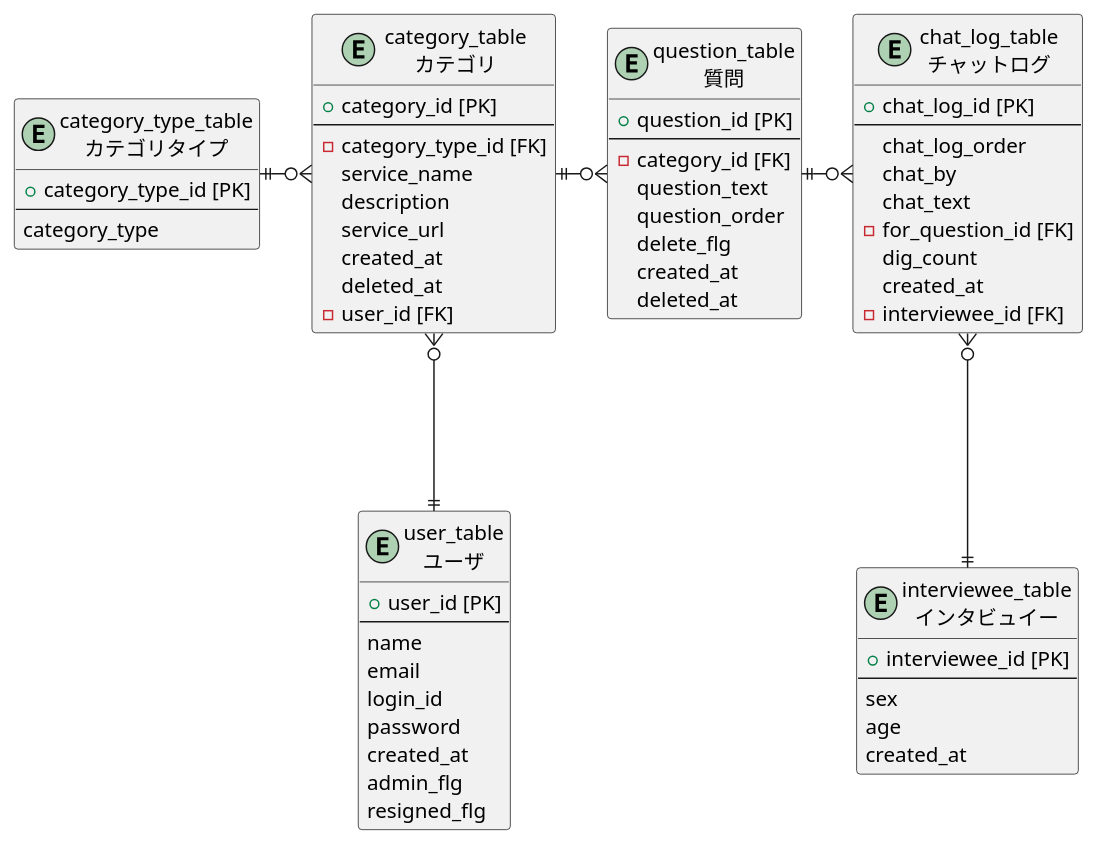
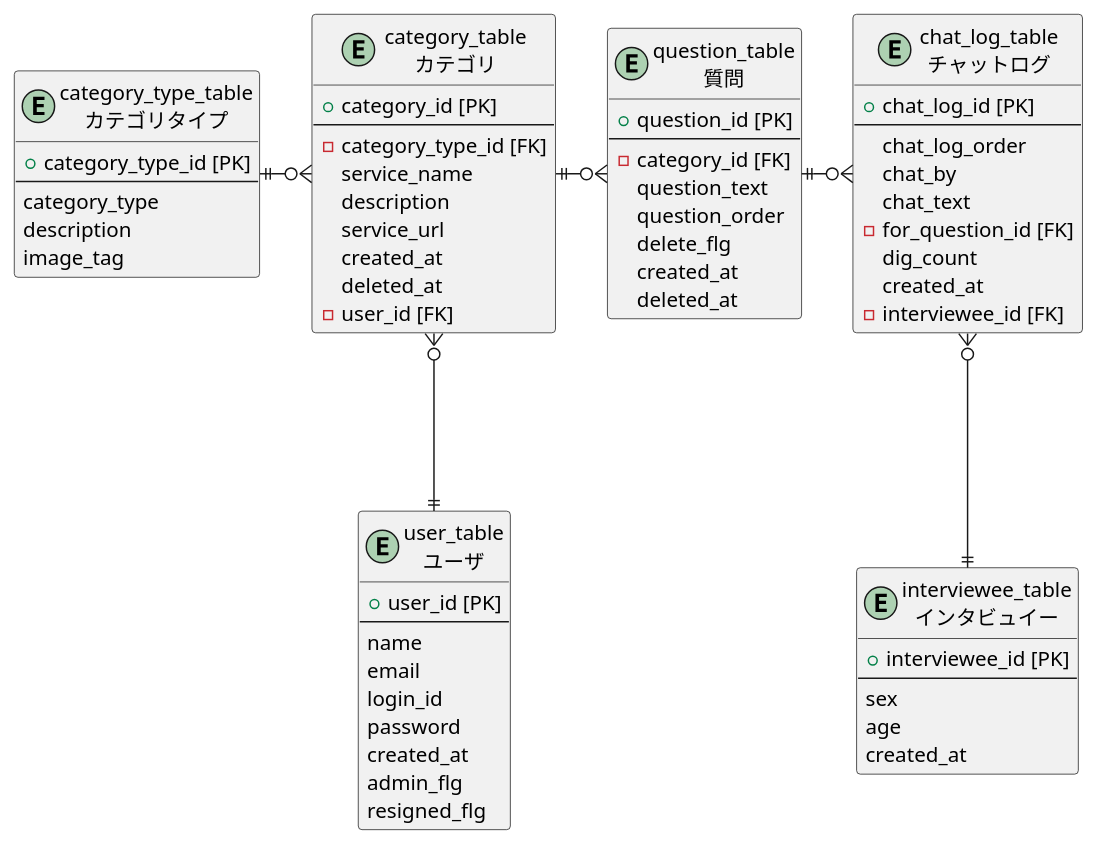
Before and after one commit to SuperMisoSoup/interviewtool_v1: the diagram in md/interviewtool_DB.pu, drawn with PlantUML. The commit also changed 2 other files, not shown here.

```diff
--- a/md/interviewtool_DB.pu
+++ b/md/interviewtool_DB.pu
@@ -1,81 +1,83 @@
 @startuml tables
 entity user_table as "user_table\nユーザ" {
   + user_id [PK]
   --
   name
   email
   login_id
   password
   created_at
   admin_flg
   resigned_flg
 }
 
 entity interviewee_table as "interviewee_table\nインタビュイー" {
   + interviewee_id [PK]
   --
   sex
   age
   created_at
 }
 
 entity category_table as "category_table\nカテゴリ" {
   + category_id [PK]
   --
   - category_type_id [FK]
   service_name
   description
   service_url
   created_at
   deleted_at
   - user_id [FK]
 }
 
 entity category_type_table as "category_type_table\nカテゴリタイプ" {
   + category_type_id [PK]
   --
   category_type
+  description
+  image_tag
 }
 
 entity question_table as "question_table\n質問" {
   + question_id [PK]
   --
   - category_id [FK]
   question_text
   question_order
   delete_flg
   created_at
   deleted_at
 }
 
 
 ' entity scenario_table as "scenario_table\nシナリオ管理" {
 '   + scenario_id [PK]
 '   --
 '   ' - category_id [FK]
 '   distributed_url
 '   created_at
 '   updated_at
 ' }
 
 entity chat_log_table as "chat_log_table\nチャットログ" {
   + chat_log_id [PK]
   --
   ' - scenario_id [FK]
   chat_log_order
   chat_by
   chat_text
   - for_question_id [FK]
   dig_count
   created_at
   - interviewee_id [FK]
 }
 
 user_table ||-u--o{ category_table
 category_type_table ||-r--o{ category_table
 ' scenario_table ||-l--o{ question_table
 category_table ||-r--o{ question_table
 interviewee_table ||-u--o{ chat_log_table
 question_table ||-r--o{ chat_log_table
 
 @enduml
```
